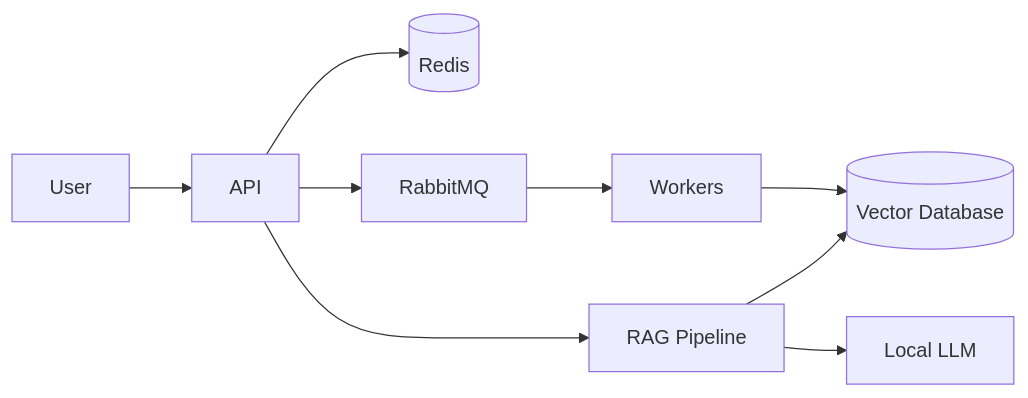
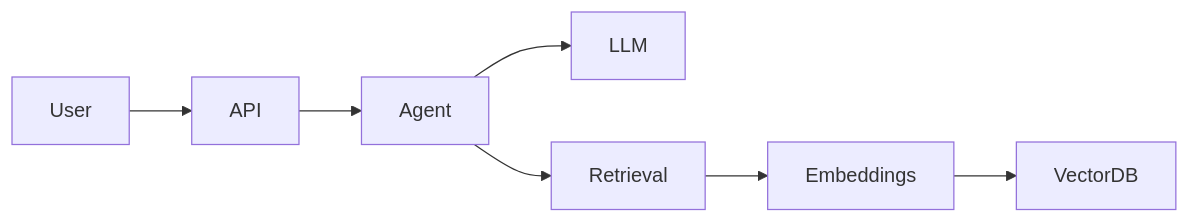
The diagram in README.md (Barrok/llmops-platform), drawn with Mermaid before and after one commit. The commit also changed other lines of this file, not shown here.

````diff
--- a/README.md
+++ b/README.md
@@ -41,19 +45,13 @@
 ```mermaid
 flowchart LR
 
 User --> API
 
-API --> RAG[RAG Pipeline]
+API --> Agent
 
-RAG --> VectorDB[(Vector Database)]
+Agent --> LLM
+Agent --> Retrieval
 
-RAG --> LLM[Local LLM]
-
-API --> Cache[(Redis)]
-
-API --> Queue[RabbitMQ]
-
-Queue --> Workers
-
-Workers --> VectorDB
+Retrieval --> Embeddings
+Embeddings --> VectorDB
 ```
````
